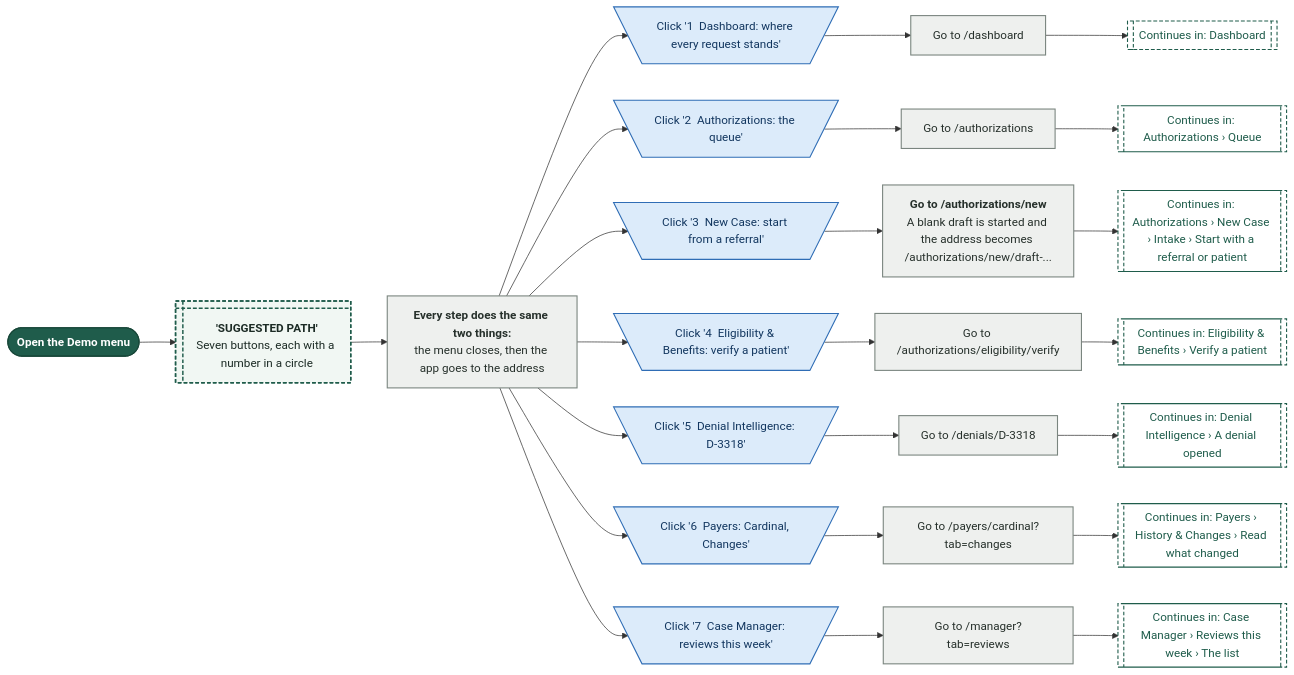
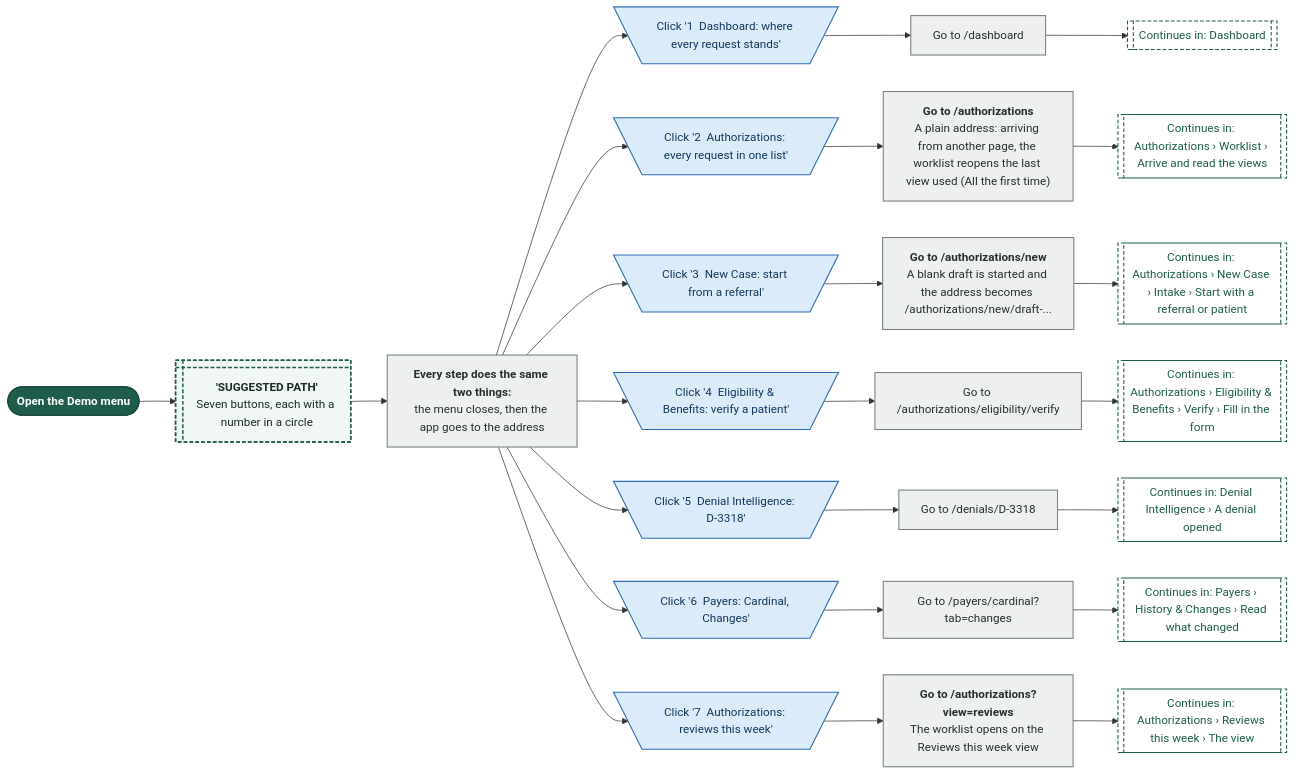
Before and after one commit to Shrav143/psyfloapp: diagram 14 of 19 in demos/prior-auth-demo/workflows/out/md/01-global-shell.md, drawn with Mermaid. The commit also changed other lines of this file and 113 other files, not shown here.

First line of the commit message:
docs: workflow diagrams for the merged Authorizations (worklist, approved, reviews and tracked cases, sidebar arrow), every link retargeted, 336 diagrams

````diff
--- a/demos/prior-auth-demo/workflows/out/md/01-global-shell.md
+++ b/demos/prior-auth-demo/workflows/out/md/01-global-shell.md
@@ -1028,58 +1121,58 @@
 ```mermaid
 %%{init: {"theme":"base","themeVariables":{"fontFamily":"'DM Sans', 'Segoe UI', system-ui, sans-serif","fontSize":"15px","lineColor":"#5B6B63","primaryTextColor":"#1C2B25","clusterBkg":"#FBF8F3","clusterBorder":"#D9CDBB","edgeLabelBackground":"#FFFFFF"},"flowchart":{"curve":"basis","nodeSpacing":36,"rankSpacing":48,"padding":12,"htmlLabels":true,"useMaxWidth":false,"wrappingWidth":230}} }%%
 flowchart LR
   classDef k_start fill:#1F5C4B,stroke:#174638,color:#FFFFFF,stroke-width:1.5px,font-weight:600
   classDef k_end fill:#DDEFE3,stroke:#2E7D4F,color:#14502F,stroke-width:1.5px,font-weight:600
   classDef k_endx fill:#FBE3E0,stroke:#C0392B,color:#7A1F16,stroke-width:1.5px,font-weight:600
   classDef k_screen fill:#FFFDF8,stroke:#1F5C4B,color:#1C2B25,stroke-width:2px
   classDef k_overlay fill:#F1F7F3,stroke:#1F5C4B,color:#1C2B25,stroke-width:2px,stroke-dasharray:5 3
   classDef k_click fill:#DCEBFA,stroke:#2F6DB5,color:#12365F,stroke-width:1.5px
   classDef k_input fill:#E4E7FF,stroke:#4C5FD5,color:#1D2670,stroke-width:1.5px
   classDef k_process fill:#EEF0EE,stroke:#7A857F,color:#26302B,stroke-width:1.5px
   classDef k_agent fill:#EEE5FA,stroke:#7A4FC2,color:#341A63,stroke-width:1.5px
   classDef k_decision fill:#FFF0CC,stroke:#D9962B,color:#5C3B00,stroke-width:1.5px
   classDef k_store fill:#D5F0EA,stroke:#1C8E7B,color:#0B4A3F,stroke-width:1.5px
   classDef k_doc fill:#F6E9DC,stroke:#B07A4C,color:#4A2E14,stroke-width:1.5px
   classDef k_ext fill:#FFE6D2,stroke:#E07B39,color:#6B2F06,stroke-width:1.5px
   classDef k_wait fill:#E4E8EE,stroke:#6B7C93,color:#26303D,stroke-width:1.5px
   classDef k_toast fill:#FFF9DB,stroke:#C9A400,color:#5A4A00,stroke-width:1.5px
   classDef k_goto fill:#FFFFFF,stroke:#1F5C4B,color:#1F5C4B,stroke-width:1.5px,stroke-dasharray:5 3
   s1@{ shape: stadium, label: "Open the Demo menu" }
   o1@{ shape: win-pane, label: "<b>'SUGGESTED PATH'</b><br/>Seven buttons, each with a number in a circle" }
   p0@{ shape: rect, label: "<b>Every step does the same two things:</b><br/>the menu closes, then the app goes to the address" }
   c1@{ shape: trap-t, label: "Click '1  Dashboard: where every request stands'" }
   r1@{ shape: rect, label: "Go to /dashboard" }
   g1@{ shape: subproc, label: "Continues in: Dashboard" }
-  c2@{ shape: trap-t, label: "Click '2  Authorizations: the queue'" }
-  r2@{ shape: rect, label: "Go to /authorizations" }
-  g2@{ shape: subproc, label: "Continues in: Authorizations › Queue" }
+  c2@{ shape: trap-t, label: "Click '2  Authorizations: every request in one list'" }
+  r2@{ shape: rect, label: "<b>Go to /authorizations</b><br/>A plain address: arriving from another page, the worklist reopens the last view used (All the first time)" }
+  g2@{ shape: subproc, label: "Continues in: Authorizations › Worklist › Arrive and read the views" }
   c3@{ shape: trap-t, label: "Click '3  New Case: start from a referral'" }
   r3@{ shape: rect, label: "<b>Go to /authorizations/new</b><br/>A blank draft is started and the address becomes /authorizations/new/draft-..." }
   g3@{ shape: subproc, label: "Continues in: Authorizations › New Case › Intake › Start with a referral or patient" }
   c4@{ shape: trap-t, label: "Click '4  Eligibility & Benefits: verify a patient'" }
   r4@{ shape: rect, label: "Go to /authorizations/eligibility/verify" }
-  g4@{ shape: subproc, label: "Continues in: Eligibility & Benefits › Verify a patient" }
+  g4@{ shape: subproc, label: "Continues in: Authorizations › Eligibility & Benefits › Verify › Fill in the form" }
   c5@{ shape: trap-t, label: "Click '5  Denial Intelligence: D-3318'" }
   r5@{ shape: rect, label: "Go to /denials/D-3318" }
   g5@{ shape: subproc, label: "Continues in: Denial Intelligence › A denial opened" }
   c6@{ shape: trap-t, label: "Click '6  Payers: Cardinal, Changes'" }
   r6@{ shape: rect, label: "Go to /payers/cardinal?tab=changes" }
   g6@{ shape: subproc, label: "Continues in: Payers › History & Changes › Read what changed" }
-  c7@{ shape: trap-t, label: "Click '7  Case Manager: reviews this week'" }
-  r7@{ shape: rect, label: "Go to /manager?tab=reviews" }
-  g7@{ shape: subproc, label: "Continues in: Case Manager › Reviews this week › The list" }
+  c7@{ shape: trap-t, label: "Click '7  Authorizations: reviews this week'" }
+  r7@{ shape: rect, label: "<b>Go to /authorizations?view=reviews</b><br/>The worklist opens on the Reviews this week view" }
+  g7@{ shape: subproc, label: "Continues in: Authorizations › Reviews this week › The view" }
   s1 --> o1 --> p0
   p0 --> c1 & c2 & c3 & c4 & c5 & c6 & c7
   c1 --> r1 --> g1
   c2 --> r2 --> g2
   c3 --> r3 --> g3
   c4 --> r4 --> g4
   c5 --> r5 --> g5
   c6 --> r6 --> g6
   c7 --> r7 --> g7
   class s1 k_start
   class o1 k_overlay
   class p0,r1,r2,r3,r4,r5,r6,r7 k_process
   class c1,c2,c3,c4,c5,c6,c7 k_click
   class g1,g2,g3,g4,g5,g6,g7 k_goto
 ```
````
